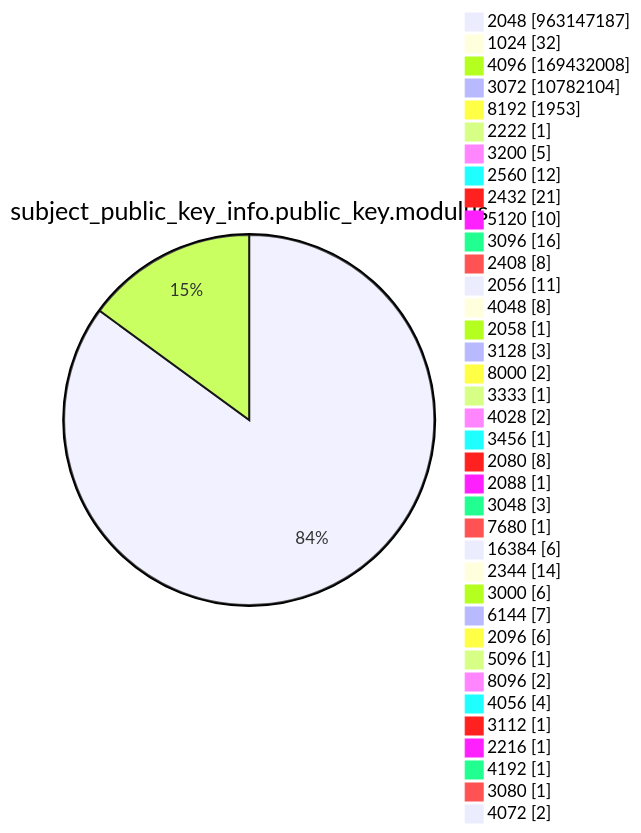
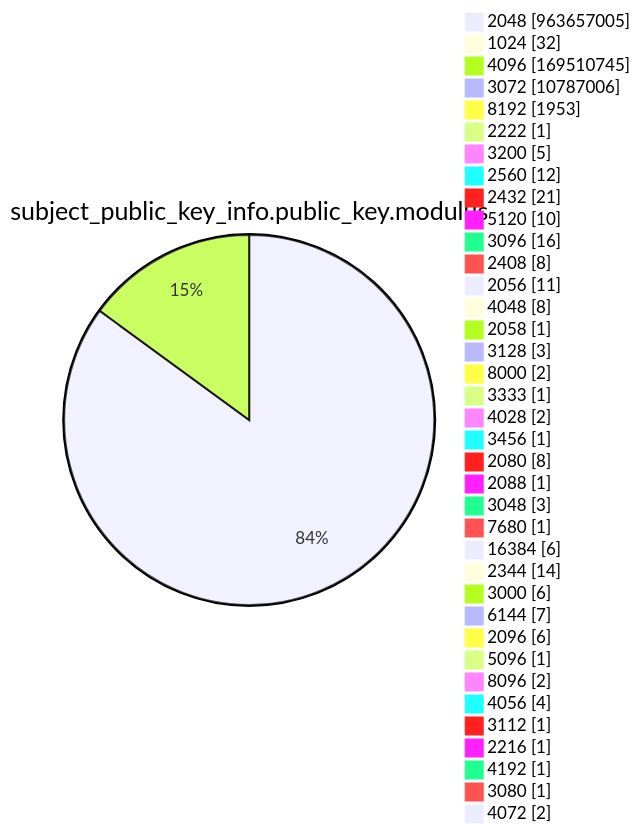
Diagram 13 of 15 in argon2022/README.md (christiankrug/ctmonitor_visualization), drawn with Mermaid before and after one commit. The commit also changed other lines of this file, not shown here.

````diff
--- a/argon2022/README.md
+++ b/argon2022/README.md
@@ -3586,41 +3586,41 @@
 ```mermaid
 pie showData
 title subject_public_key_info.public_key.modulus
-"2048" :963147187
+"2048" :963657005
 "1024" :32
-"4096" :169432008
-"3072" :10782104
+"4096" :169510745
+"3072" :10787006
 "8192" :1953
 "2222" :1
 "3200" :5
 "2560" :12
 "2432" :21
 "5120" :10
 "3096" :16
 "2408" :8
 "2056" :11
 "4048" :8
 "2058" :1
 "3128" :3
 "8000" :2
 "3333" :1
 "4028" :2
 "3456" :1
 "2080" :8
 "2088" :1
 "3048" :3
 "7680" :1
 "16384" :6
 "2344" :14
 "3000" :6
 "6144" :7
 "2096" :6
 "5096" :1
 "8096" :2
 "4056" :4
 "3112" :1
 "2216" :1
 "4192" :1
 "3080" :1
 "4072" :2
 ```
````
